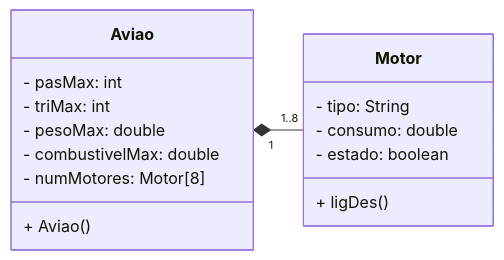
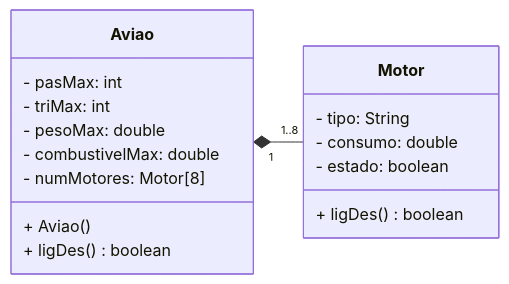
One commit to bombazaro/associacao-classes changed the third of 4 diagrams in README.md. Above: the diagram before and after it, drawn with Mermaid. The commit also changed other lines of this file and 5 other files, not shown here.

````diff
--- a/README.md
+++ b/README.md
@@ -43,22 +43,23 @@
 ```mermaid
 classDiagram
     direction LR
     
     class Aviao {
         - pasMax: int
         - triMax: int
         - pesoMax: double
         - combustivelMax: double
         - numMotores: Motor[8]
         + Aviao()
+        + ligDes() boolean
     }
     
     class Motor {
         - tipo: String
         - consumo: double
         - estado: boolean
-        + ligDes()
+        + ligDes() boolean
     }
     
     Aviao "1"*--"1..8" Motor
 ```
````
